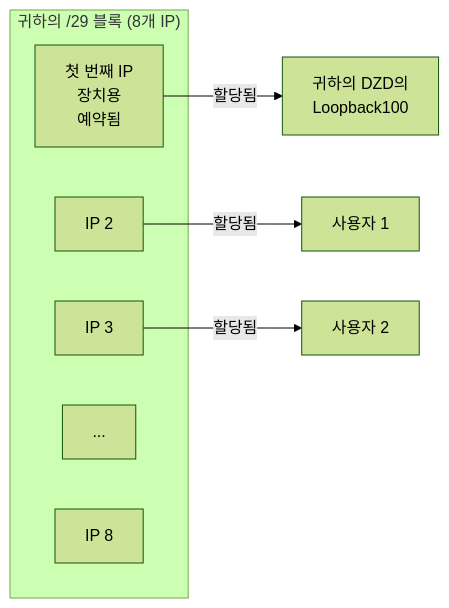
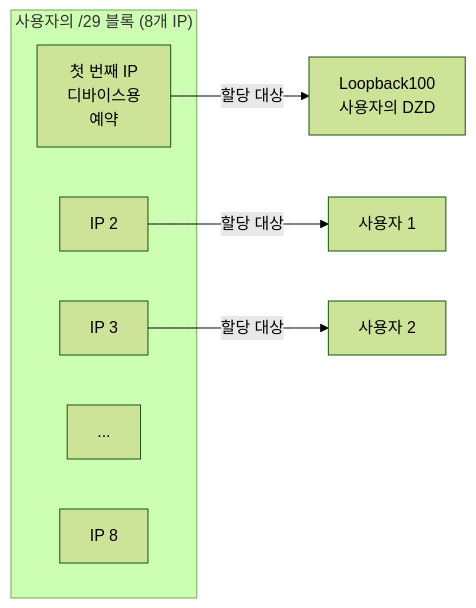
One commit to malbeclabs/docs changed the second of 13 diagrams in docs/contribute-provisioning.ko.md. Above: the diagram before and after it, drawn with Mermaid (forest theme). The commit also changed other lines of this file and 160 other files, not shown here.

````diff
--- a/docs/contribute-provisioning.ko.md
+++ b/docs/contribute-provisioning.ko.md
@@ -82,14 +122,14 @@
 ```mermaid
 flowchart LR
-    subgraph "귀하의 /29 블록 (8개 IP)"
-        IP1["첫 번째 IP<br/>장치용<br/>예약됨"]
+    subgraph "사용자의 /29 블록 (8개 IP)"
+        IP1["첫 번째 IP<br/>디바이스용<br/>예약"]
         IP2["IP 2"]
         IP3["IP 3"]
         IP4["..."]
         IP8["IP 8"]
     end
 
-    IP1 -->|할당됨| LO[귀하의 DZD의<br/>Loopback100]
-    IP2 -->|할당됨| U1[사용자 1]
-    IP3 -->|할당됨| U2[사용자 2]
+    IP1 -->|할당 대상| LO[Loopback100<br/>사용자의 DZD]
+    IP2 -->|할당 대상| U1[사용자 1]
+    IP3 -->|할당 대상| U2[사용자 2]
 ```
````
